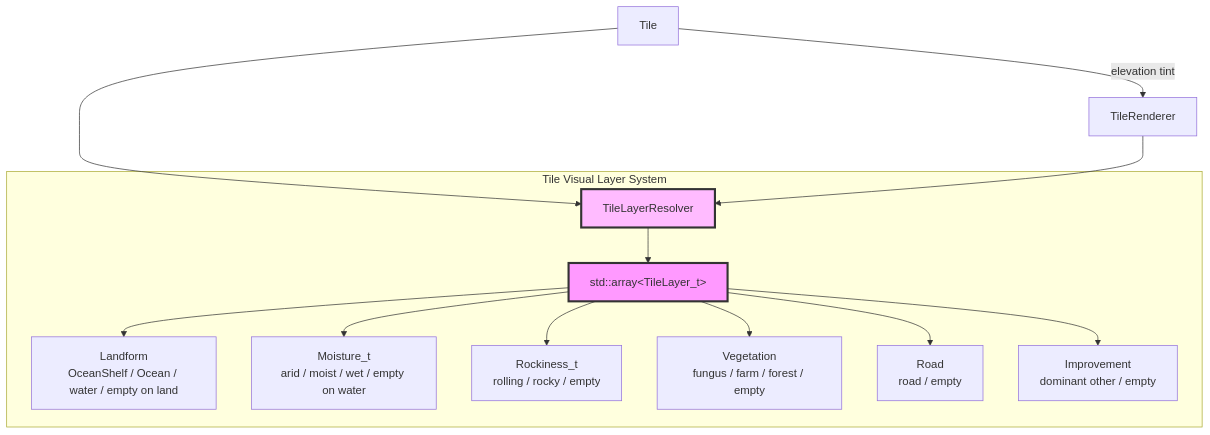
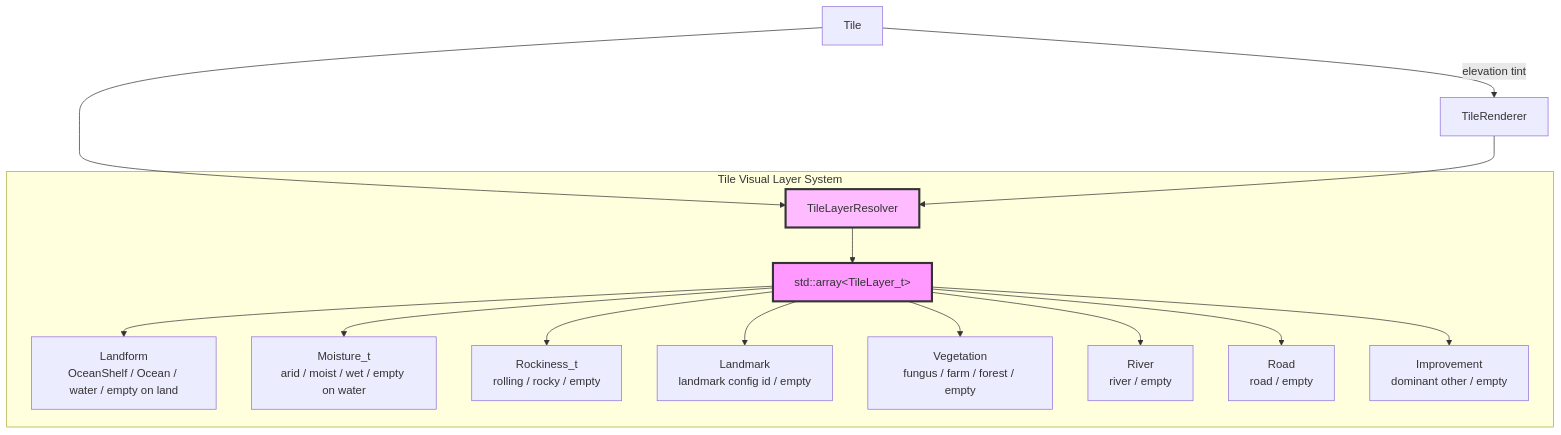
The third of 3 diagrams in docs/architecture/map-system.md (kilianloftis/alpha-centauri), drawn with Mermaid before and after one commit. The commit also changed other lines of this file and 46 other files, not shown here.

````diff
--- a/docs/architecture/map-system.md
+++ b/docs/architecture/map-system.md
@@ -181,27 +186,31 @@
 ```mermaid
 graph TB
     subgraph "Tile Visual Layer System"
         Resolver[TileLayerResolver]
         Layers[std::array&lt;TileLayer_t&gt;]
         Landform[Landform<br/>OceanShelf / Ocean / water / empty on land]
         Moisture_t[Moisture_t<br/>arid / moist / wet / empty on water]
         Rockiness_t[Rockiness_t<br/>rolling / rocky / empty]
+        Landmark[Landmark<br/>landmark config id / empty]
         Vegetation[Vegetation<br/>fungus / farm / forest / empty]
+        River[River<br/>river / empty]
         Road[Road<br/>road / empty]
         Improvement[Improvement<br/>dominant other / empty]
     end
 
     Tile[Tile] --> Resolver
     Resolver --> Layers
     Layers --> Landform
     Layers --> Moisture_t
     Layers --> Rockiness_t
+    Layers --> Landmark
     Layers --> Vegetation
+    Layers --> River
     Layers --> Road
     Layers --> Improvement
     TileRenderer[TileRenderer] --> Resolver
     Tile -->|elevation tint| TileRenderer
 
     style Resolver fill:#fbf,stroke:#333,stroke-width:3px
     style Layers fill:#f9f,stroke:#333,stroke-width:3px
 ```
````
